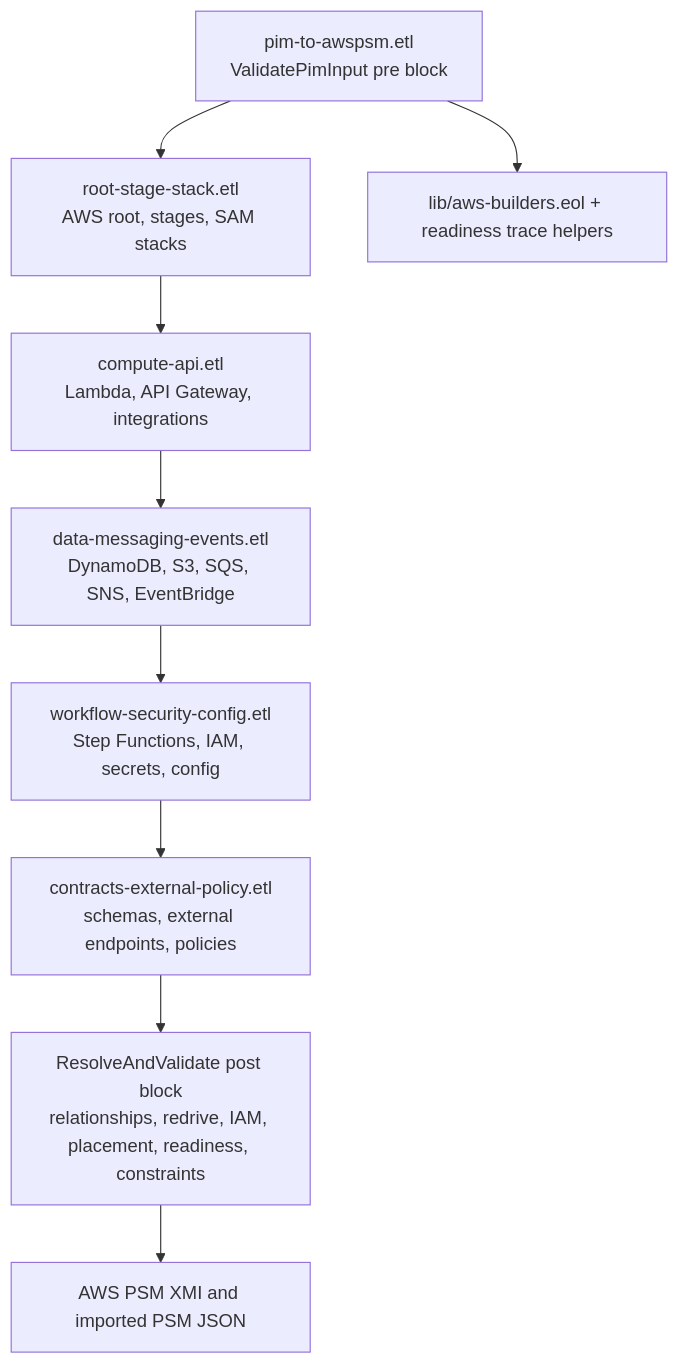
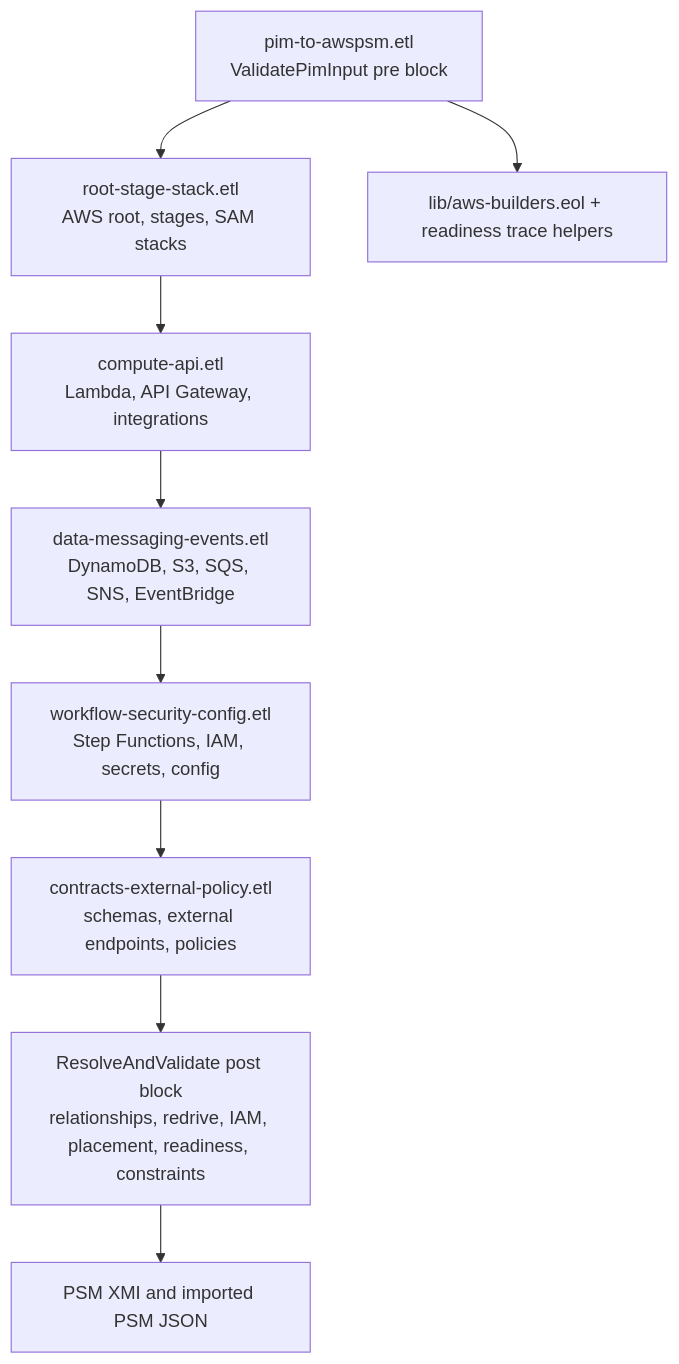
The third of 4 diagrams in docs/diagrams/18-mde-end-to-end-pipeline.md (mehdieidi/modriss), drawn with Mermaid before and after one commit. The commit also changed other lines of this file and 193 other files, not shown here.

Commit message:
docs: change aws psm to psm

````diff
--- a/docs/diagrams/18-mde-end-to-end-pipeline.md
+++ b/docs/diagrams/18-mde-end-to-end-pipeline.md
@@ -40,15 +40,15 @@
 ```mermaid
 flowchart TB
     entry["pim-to-awspsm.etl<br/>ValidatePimInput pre block"]
     root["root-stage-stack.etl<br/>AWS root, stages, SAM stacks"]
     compute["compute-api.etl<br/>Lambda, API Gateway, integrations"]
     data["data-messaging-events.etl<br/>DynamoDB, S3, SQS, SNS, EventBridge"]
     workflow["workflow-security-config.etl<br/>Step Functions, IAM, secrets, config"]
     contracts["contracts-external-policy.etl<br/>schemas, external endpoints, policies"]
     post["ResolveAndValidate post block<br/>relationships, redrive, IAM, placement, readiness, constraints"]
     libs["lib/aws-builders.eol + readiness trace helpers"]
-    output["AWS PSM XMI and imported PSM JSON"]
+    output["PSM XMI and imported PSM JSON"]
 
     entry --> libs
     entry --> root --> compute --> data --> workflow --> contracts --> post --> output
 ```
````
